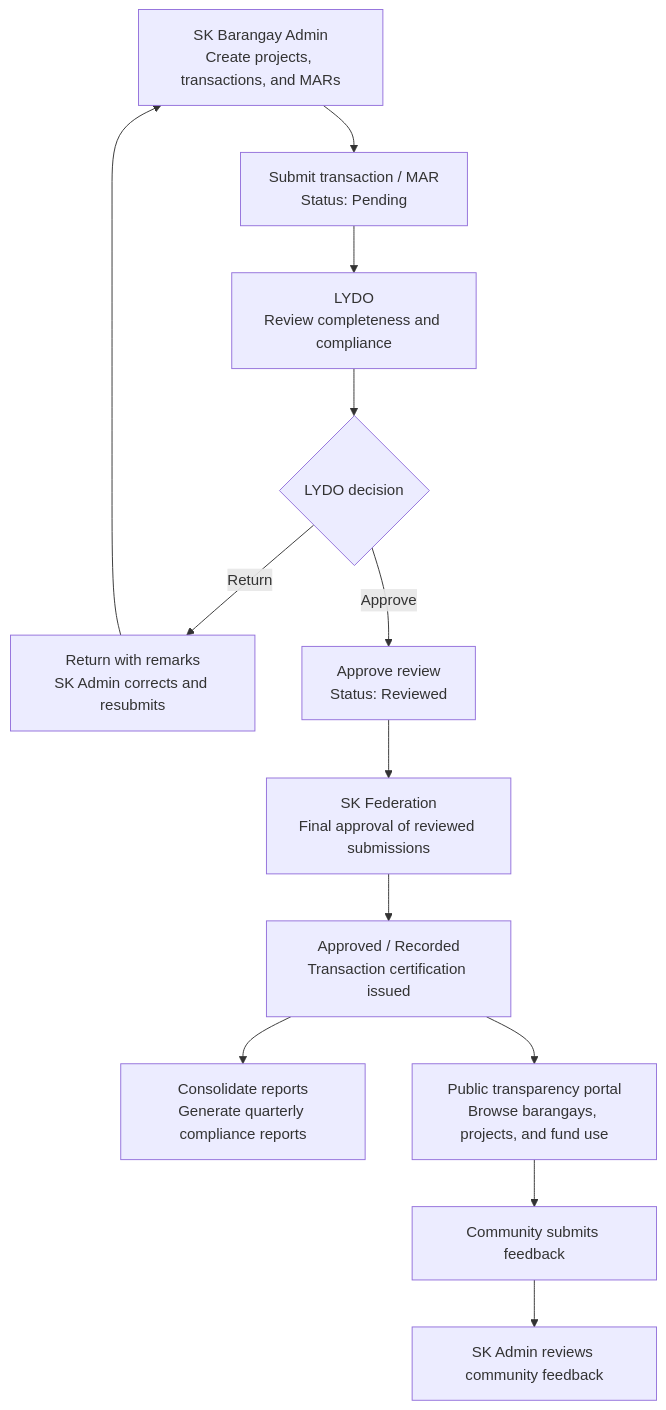
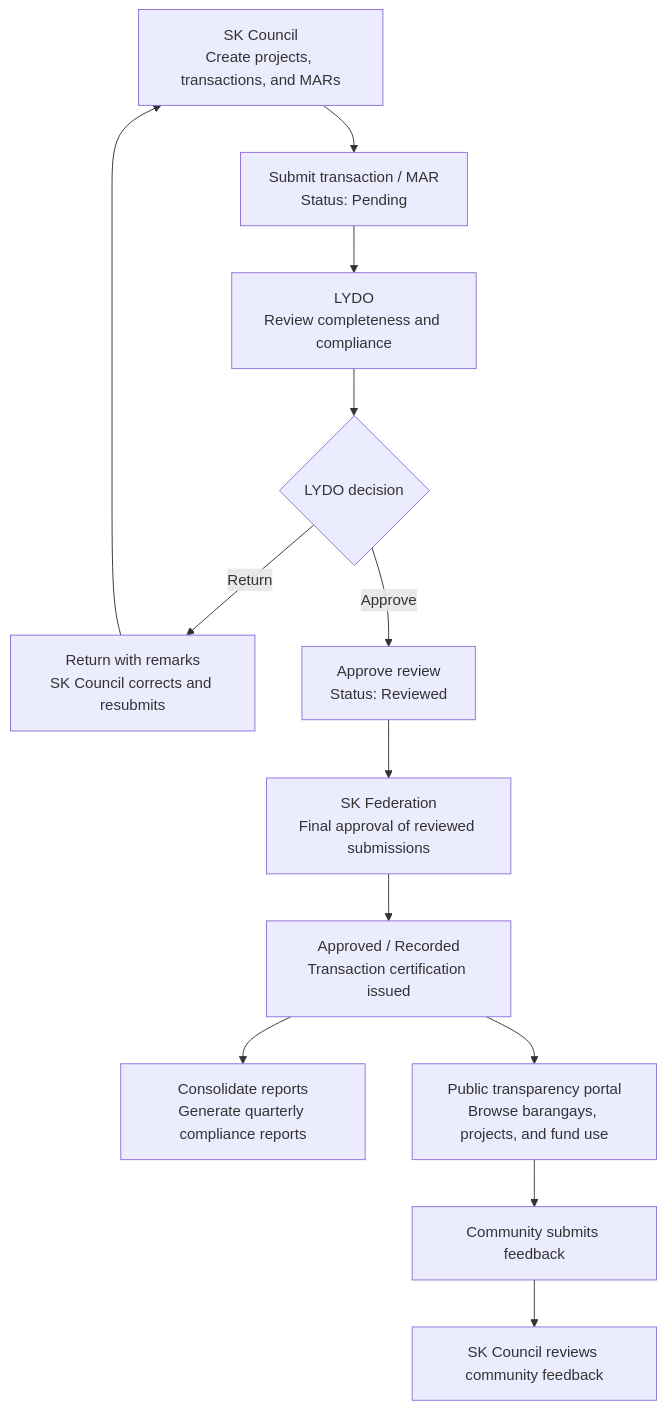
The diagram in README.md (YoursTrulyInarius/FundSystem), drawn with Mermaid before and after one commit. The commit also changed other lines of this file and 57 other files, not shown here.

````diff
--- a/README.md
+++ b/README.md
@@ -312,22 +313,22 @@
 ```mermaid
 flowchart TD
-    SK["SK Barangay Admin<br/>Create projects, transactions, and MARs"]
+    SK["SK Council<br/>Create projects, transactions, and MARs"]
     SUBMIT["Submit transaction / MAR<br/>Status: Pending"]
     LYDO["LYDO<br/>Review completeness and compliance"]
     DECISION{"LYDO decision"}
-    RETURN["Return with remarks<br/>SK Admin corrects and resubmits"]
+    RETURN["Return with remarks<br/>SK Council corrects and resubmits"]
     REVIEWED["Approve review<br/>Status: Reviewed"]
     FED["SK Federation<br/>Final approval of reviewed submissions"]
     RECORDED["Approved / Recorded<br/>Transaction certification issued"]
     REPORTS["Consolidate reports<br/>Generate quarterly compliance reports"]
     PUBLIC["Public transparency portal<br/>Browse barangays, projects, and fund use"]
     FEEDBACK["Community submits feedback"]
-    ADMIN["SK Admin reviews community feedback"]
+    ADMIN["SK Council reviews community feedback"]
 
     SK --> SUBMIT --> LYDO --> DECISION
     DECISION -- Return --> RETURN --> SK
     DECISION -- Approve --> REVIEWED --> FED --> RECORDED
     RECORDED --> REPORTS
     RECORDED --> PUBLIC
     PUBLIC --> FEEDBACK --> ADMIN
 ```
````
